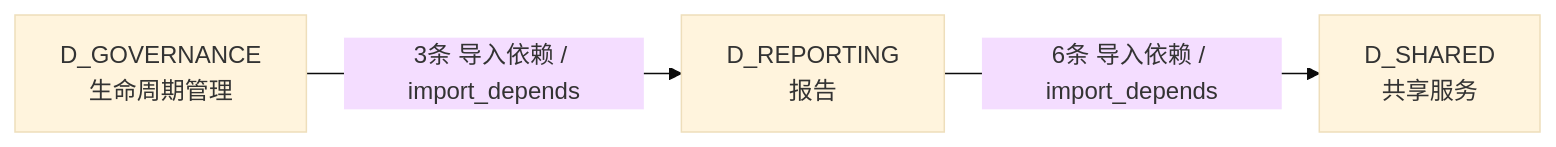
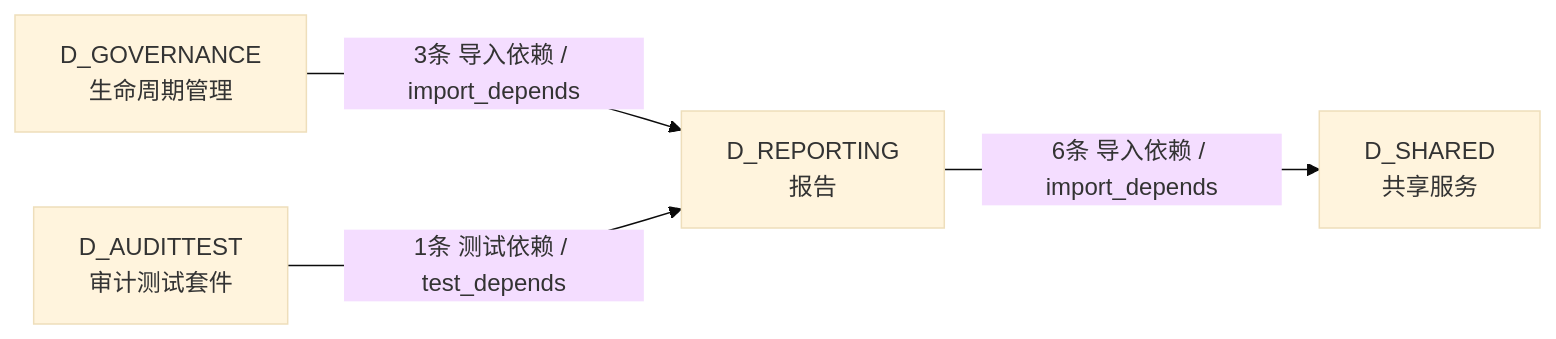
One commit to xuanFelixVan/ZephyrAlpha changed the fourth of 4 diagrams in docs/02_enterprise_architecture/02_domain_architecture_docs/16_d_reporting.md. Above: the diagram before and after it, drawn with Mermaid (base theme). The commit also changed other lines of this file and 100 other files, not shown here.

````diff
--- a/docs/02_enterprise_architecture/02_domain_architecture_docs/16_d_reporting.md
+++ b/docs/02_enterprise_architecture/02_domain_architecture_docs/16_d_reporting.md
@@ -196,8 +196,10 @@
 ```mermaid
 graph LR
     D_REPORTING["D_REPORTING<br/>报告"]
     D_SHARED["D_SHARED<br/>共享服务"]
     D_GOVERNANCE["D_GOVERNANCE<br/>生命周期管理"]
+    D_AUDITTEST["D_AUDITTEST<br/>审计测试套件"]
     D_REPORTING -->|6条 导入依赖 / import_depends| D_SHARED
     D_GOVERNANCE -->|3条 导入依赖 / import_depends| D_REPORTING
+    D_AUDITTEST -->|1条 测试依赖 / test_depends| D_REPORTING
 ```
````
